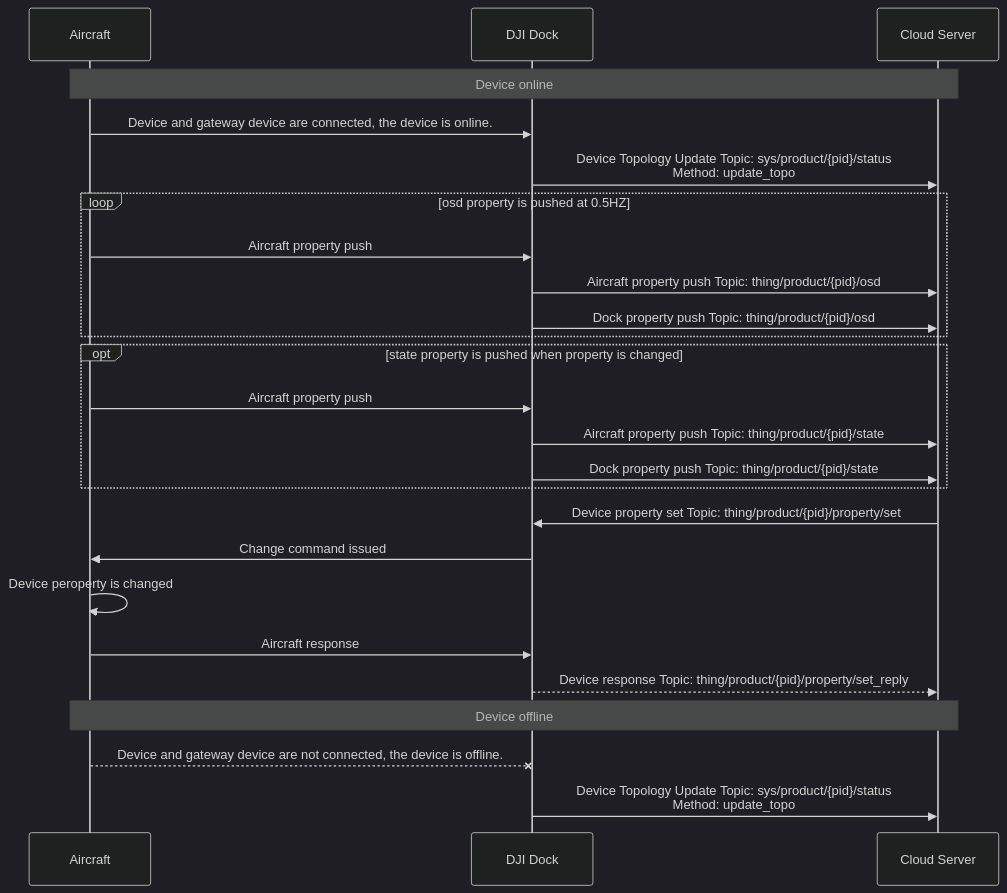
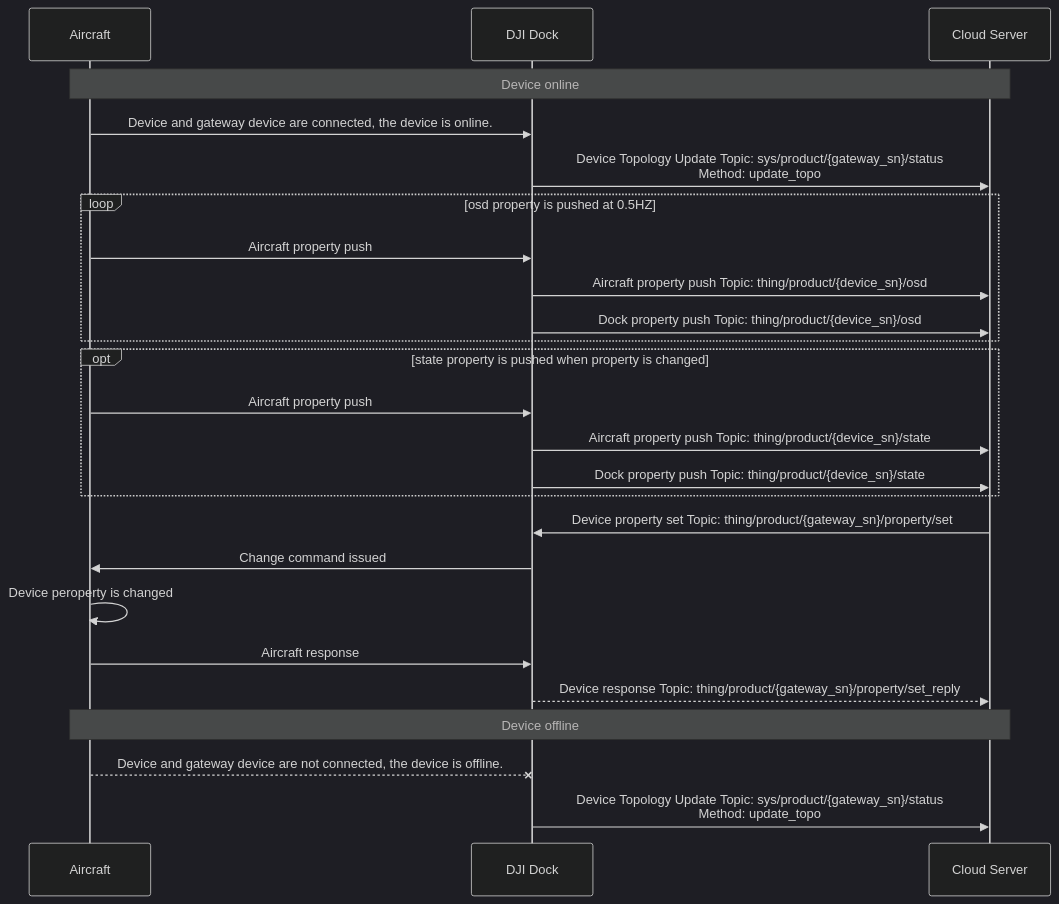
Before and after one commit to dji-sdk/Cloud-API-Doc: the diagram in docs/en/30.feature-set/20.dock-feature-set/20.dock-device-management.md, drawn with Mermaid (dark theme). The commit also changed other lines of this file and 72 other files, not shown here.

````diff
--- a/docs/en/30.feature-set/20.dock-feature-set/20.dock-device-management.md
+++ b/docs/en/30.feature-set/20.dock-feature-set/20.dock-device-management.md
@@ -7,33 +7,33 @@
 ```mermaid
 sequenceDiagram
 participant object as Aircraft
 participant client as DJI Dock
 participant server as Cloud Server
 
 note over object,server: Device online
 object ->> client: Device and gateway device are connected, the device is online.
-client ->> server: Device Topology Update Topic: sys/product/{pid}/status<br/>Method: update_topo
+client ->> server: Device Topology Update Topic: sys/product/{gateway_sn}/status<br/>Method: update_topo
 
 loop  osd property is pushed at 0.5HZ
 object ->> client: Aircraft property push
-client ->> server: Aircraft property push Topic: thing/product/{pid}/osd
-client ->> server: Dock property push Topic: thing/product/{pid}/osd
+client ->> server: Aircraft property push Topic: thing/product/{device_sn}/osd
+client ->> server: Dock property push Topic: thing/product/{device_sn}/osd
 end
 
 opt state property is pushed when property is changed
 object ->> client: Aircraft property push
-client ->> server: Aircraft property push Topic: thing/product/{pid}/state
-client ->> server: Dock property push Topic: thing/product/{pid}/state
+client ->> server: Aircraft property push Topic: thing/product/{device_sn}/state
+client ->> server: Dock property push Topic: thing/product/{device_sn}/state
 end
 
-server ->> client: Device property set Topic: thing/product/{pid}/property/set
+server ->> client: Device property set Topic: thing/product/{gateway_sn}/property/set
 client ->> object: Change command issued
 object ->> object: Device peroperty is changed
 object ->> client: Aircraft response
-client -->> server: Device response Topic: thing/product/{pid}/property/set_reply
+client -->> server: Device response Topic: thing/product/{gateway_sn}/property/set_reply
 
 note over object,server: Device offline
 object --x client: Device and gateway device are not connected, the device is offline.
-client ->> server: Device Topology Update Topic: sys/product/{pid}/status<br/>Method: update_topo
+client ->> server: Device Topology Update Topic: sys/product/{gateway_sn}/status<br/>Method: update_topo
 
 ```
````
